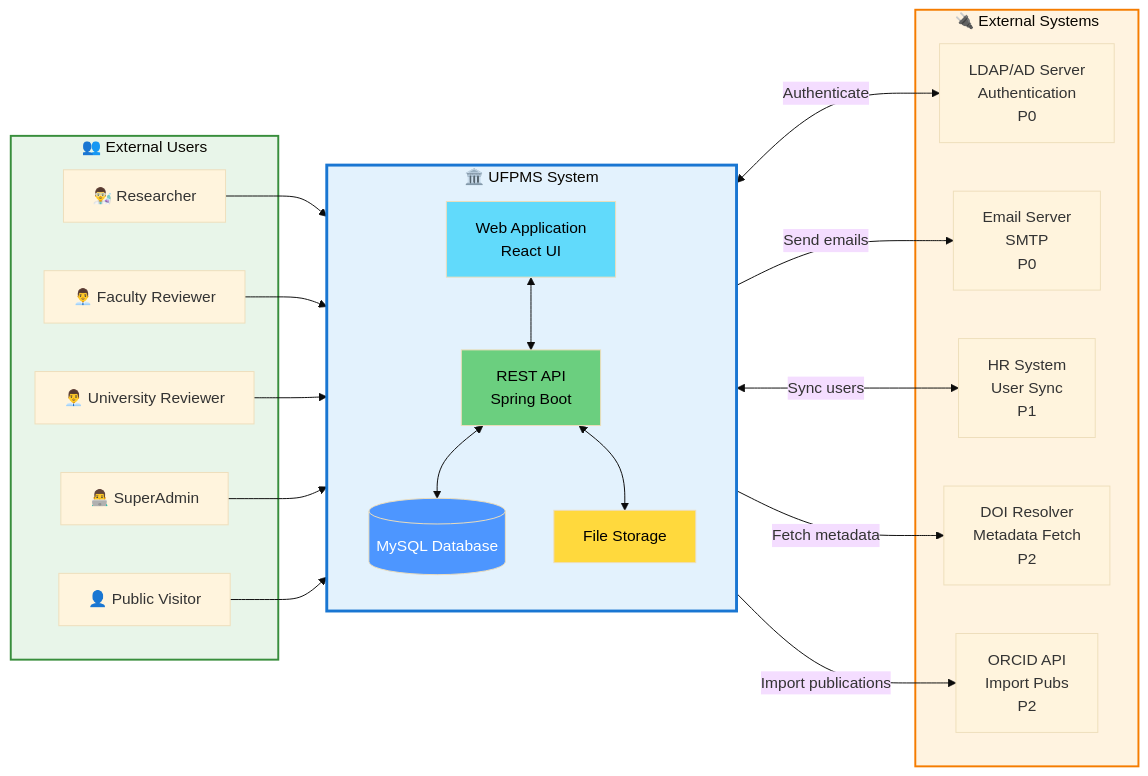
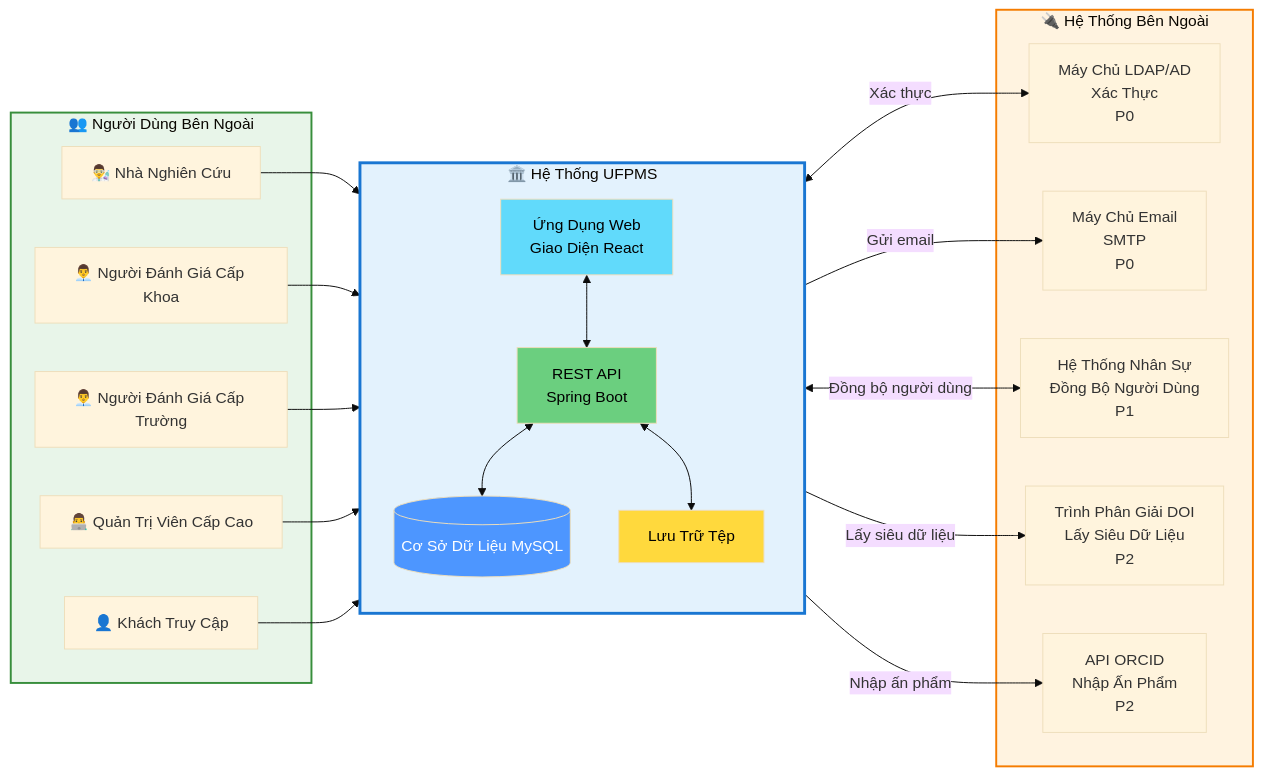
Before and after one commit to Ng0cTh4nhk5/ufpms-docs: the diagram in docs/06_Diagrams/Context/system_context.md, drawn with Mermaid (base theme). The commit also changed other lines of this file and 70 other files, not shown here.

````diff
--- a/docs/06_Diagrams/Context/system_context.md
+++ b/docs/06_Diagrams/Context/system_context.md
@@ -10,54 +10,54 @@
 ```mermaid
 graph LR
-    subgraph External_Users["👥 External Users"]
-        RES[👨‍🔬 Researcher]
-        FCR[👨‍💼 Faculty Reviewer]
-        UNR[👨‍💼 University Reviewer]
-        ADM[👨‍💻 SuperAdmin]
-        VIW[👤 Public Visitor]
+    subgraph External_Users["👥 Người Dùng Bên Ngoài"]
+        RES[👨‍🔬 Nhà Nghiên Cứu]
+        FCR[👨‍💼 Người Đánh Giá Cấp Khoa]
+        UNR[👨‍💼 Người Đánh Giá Cấp Trường]
+        ADM[👨‍💻 Quản Trị Viên Cấp Cao]
+        VIW[👤 Khách Truy Cập]
     end
     
-    subgraph UFPMS_System["🏛️ UFPMS System"]
+    subgraph UFPMS_System["🏛️ Hệ Thống UFPMS"]
         direction TB
-        WEB[Web Application<br/>React UI]
+        WEB[Ứng Dụng Web<br/>Giao Diện React]
         API[REST API<br/>Spring Boot]
-        DB[(MySQL Database)]
-        FILE[File Storage]
+        DB[(Cơ Sở Dữ Liệu MySQL)]
+        FILE[Lưu Trữ Tệp]
         
         WEB <--> API
         API <--> DB
         API <--> FILE
     end
     
-    subgraph External_Systems["🔌 External Systems"]
-        LDAP[LDAP/AD Server<br/>Authentication<br/>P0]
-        EMAIL[Email Server<br/>SMTP<br/>P0]
-        HR[HR System<br/>User Sync<br/>P1]
-        DOI[DOI Resolver<br/>Metadata Fetch<br/>P2]
-        ORCID[ORCID API<br/>Import Pubs<br/>P2]
+    subgraph External_Systems["🔌 Hệ Thống Bên Ngoài"]
+        LDAP[Máy Chủ LDAP/AD<br/>Xác Thực<br/>P0]
+        EMAIL[Máy Chủ Email<br/>SMTP<br/>P0]
+        HR[Hệ Thống Nhân Sự<br/>Đồng Bộ Người Dùng<br/>P1]
+        DOI[Trình Phân Giải DOI<br/>Lấy Siêu Dữ Liệu<br/>P2]
+        ORCID[API ORCID<br/>Nhập Ấn Phẩm<br/>P2]
     end
     
-    %% User interactions
+    %% Tương tác người dùng
     RES --> WEB
     FCR --> WEB
     UNR --> WEB
     ADM --> WEB
     VIW --> WEB
     
-    %% External system integrations
-    API <-->|Authenticate| LDAP
-    API -->|Send emails| EMAIL
-    API <-->|Sync users| HR
-    API -->|Fetch metadata| DOI
-    API -->|Import publications| ORCID
+    %% Tích hợp hệ thống bên ngoài
+    API <-->|Xác thực| LDAP
+    API -->|Gửi email| EMAIL
+    API <-->|Đồng bộ người dùng| HR
+    API -->|Lấy siêu dữ liệu| DOI
+    API -->|Nhập ấn phẩm| ORCID
     
-    %% Styling
+    %% Kiểu dáng
     style UFPMS_System fill:#e3f2fd,stroke:#1976d2,stroke-width:3px
     style External_Systems fill:#fff3e0,stroke:#f57c00,stroke-width:2px
     style External_Users fill:#e8f5e9,stroke:#388e3c,stroke-width:2px
     
     style WEB fill:#61dafb,color:#000
     style API fill:#6bcf7f,color:#000
     style DB fill:#4d96ff,color:#fff
     style FILE fill:#ffd93d,color:#000
 ```
````
